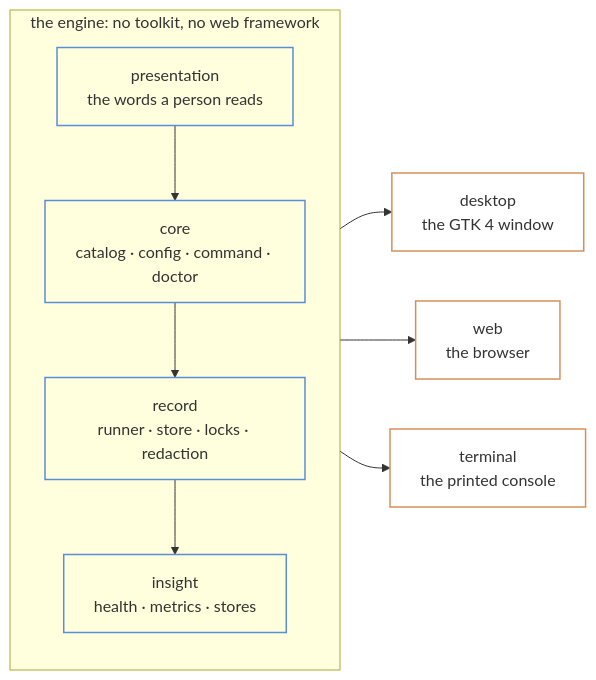
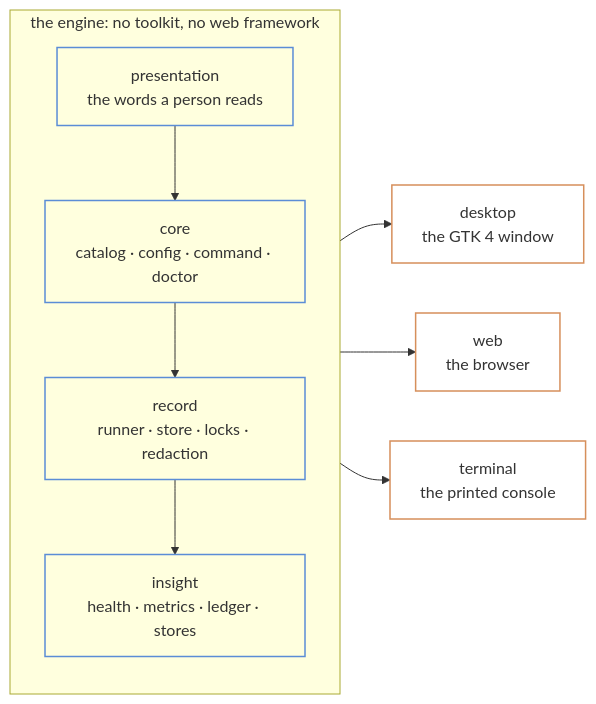
Before and after one commit to kingletas/ordane: the diagram in docs/architecture.md, drawn with Mermaid. The commit also changed 16 other files, not shown here.

````diff
--- a/docs/architecture.md
+++ b/docs/architecture.md
@@ -36,19 +36,19 @@
 ```mermaid
 flowchart LR
     subgraph engine["the engine: no toolkit, no web framework"]
         direction TB
         presentation["presentation<br/>the words a person reads"]
         core["core<br/>catalog · config · command · doctor"]
         record["record<br/>runner · store · locks · redaction"]
-        insight["insight<br/>health · metrics · stores"]
+        insight["insight<br/>health · metrics · ledger · stores"]
         presentation --> core --> record --> insight
     end
     insight --> desktop["desktop<br/>the GTK 4 window"]
     insight --> web["web<br/>the browser"]
     insight --> terminal["terminal<br/>the printed console"]
 
     classDef layer stroke:#5b8dd6,stroke-width:1.5px,fill:none
     classDef front stroke:#d68f5b,stroke-width:1.5px,fill:none
     class presentation,core,record,insight layer
     class desktop,web,terminal front
 ```
````
